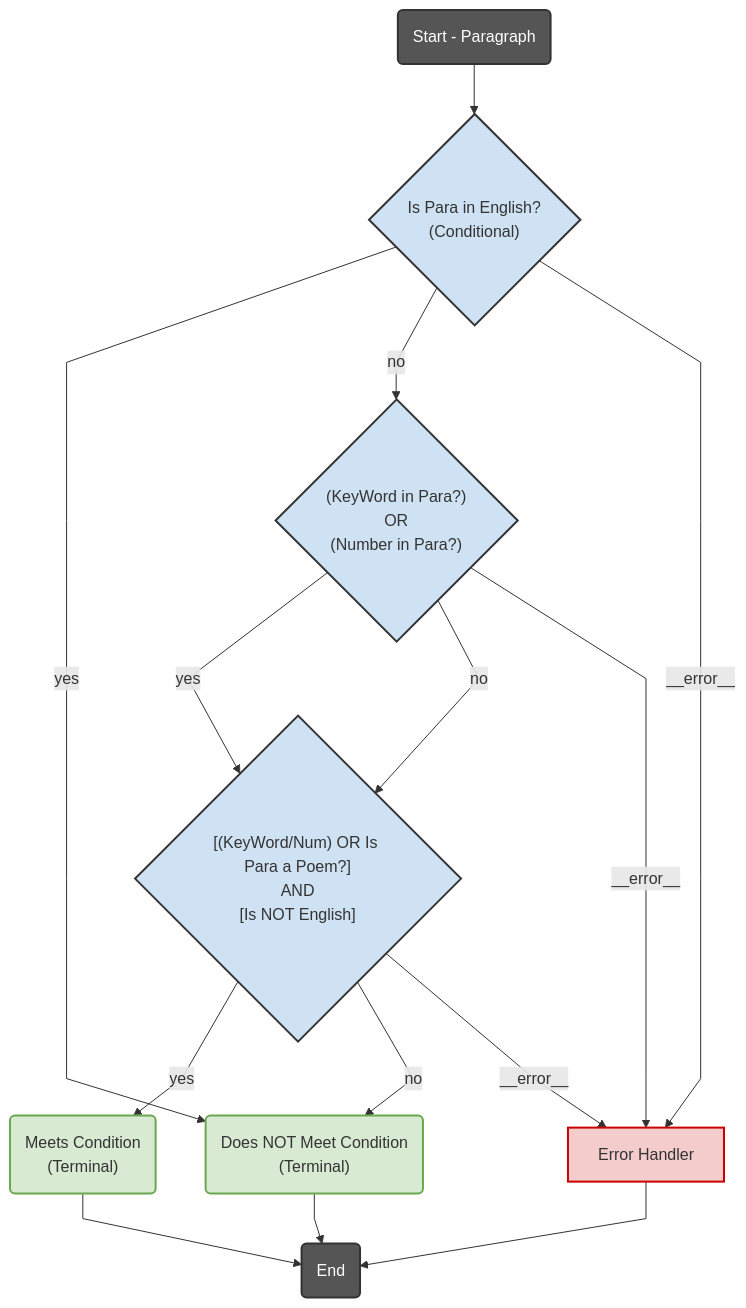
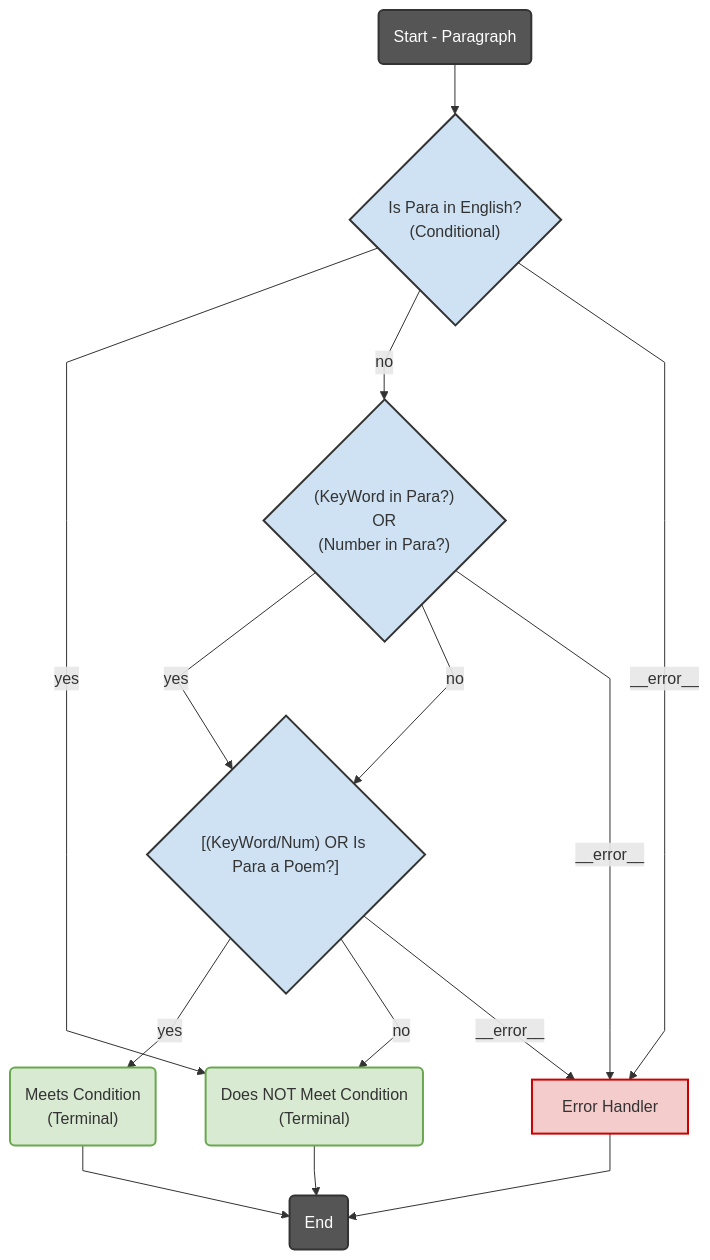
One commit to wilmandj/langgraph_decision_engine changed the diagram in README.md. Above: the diagram before and after it, drawn with Mermaid.

````diff
--- a/README.md
+++ b/README.md
@@ -88,57 +88,57 @@
 ```mermaid
 ---
 config:
   flowchart:
     curve: linear
 ---
 graph TD;
     %% Node Definitions (Simplified Syntax with <br/> and Abstraction)
     __start__("Start - Paragraph"):::startEndNode
     wp_check_is_english{"Is Para in English?<br/>(Conditional)"}:::conditionalNode
     wp_check_word_or_num{"(KeyWord in Para?)<br/>OR<br/>(Number in Para?)"}:::conditionalNode
       %% Abstracted Node 1
-    wp_check_final_condition{"[(KeyWord/Num) OR Is Para a Poem?]<br/>AND<br/>[Is NOT English]"}:::conditionalNode
+    wp_check_final_condition{"[(KeyWord/Num) OR Is Para a Poem?]"}:::conditionalNode
       %% Abstracted Node 2 (Represents final AND logic outcome)
     wp_terminal_meets_condition("Meets Condition<br/>(Terminal)"):::terminalNode
     wp_terminal_does_not_meet_condition("Does NOT Meet Condition<br/>(Terminal)"):::terminalNode
     wp_error_handler_complex["Error Handler"]:::errorNode
     __end__("End"):::startEndNode
 
     %% Edges (Connections - Manually Rerouted for Abstraction)
     __start__ --> wp_check_is_english
 
     wp_error_handler_complex --> __end__
     wp_terminal_does_not_meet_condition --> __end__
     wp_terminal_meets_condition --> __end__
 
     %% If English, fails condition
     wp_check_is_english -- "yes" --> wp_terminal_does_not_meet_condition
     %% If not English, check the combined Word/Number condition
     wp_check_is_english -- "no" --> wp_check_word_or_num
     wp_check_is_english -- "__error__" --> wp_error_handler_complex
       %% Error from initial check
 
     %% After checking Word OR Num, check the final combined condition (including Is Poem?)
     wp_check_word_or_num -- "yes" --> wp_check_final_condition
     wp_check_word_or_num -- "no" --> wp_check_final_condition
     wp_check_word_or_num -- "__error__" --> wp_error_handler_complex
       %% Represent potential errors from underlying checks
 
     %% Route based on the final abstracted condition result
     wp_check_final_condition -- "yes" --> wp_terminal_meets_condition
     wp_check_final_condition -- "no" --> wp_terminal_does_not_meet_condition
     wp_check_final_condition -- "__error__" --> wp_error_handler_complex
       %% Represent potential errors from underlying checks
 
 
     %% Class Definitions (Styling - Kept the same)
     classDef conditionalNode fill:#cfe2f3,stroke:#333,stroke-width:2px;
     classDef llmNode fill:#d9d2e9,stroke:#333,stroke-width:2px,color:#000000;
     classDef gateNode fill:#fce5cd,stroke:#e69138,stroke-width:2px;
     classDef terminalNode fill:#d9ead3,stroke:#6aa84f,stroke-width:2px;
     classDef actionNode fill:#f3f3f3,stroke:#666,stroke-width:2px,stroke-dasharray: 5 5;
     classDef classificationNode fill:#d0e0e3,stroke:#45818e,stroke-width:2px;
     classDef errorNode fill:#f4cccc,stroke:#cc0000,stroke-width:2px;
     classDef unknownNode fill:#eee,stroke:#333,stroke-width:1px;
     classDef startEndNode fill:#555,stroke:#333,stroke-width:2px,color:#fff;
 ```
````
